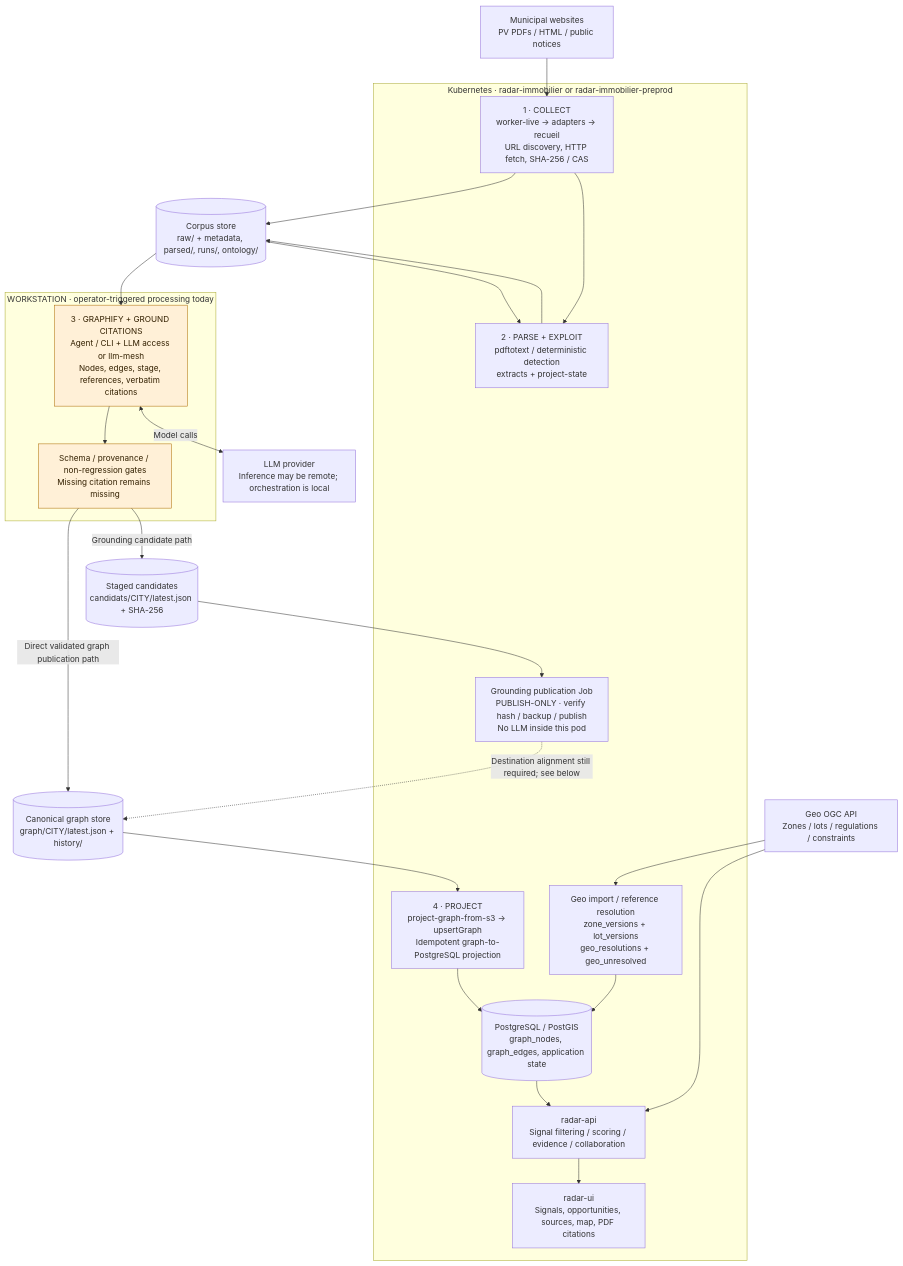
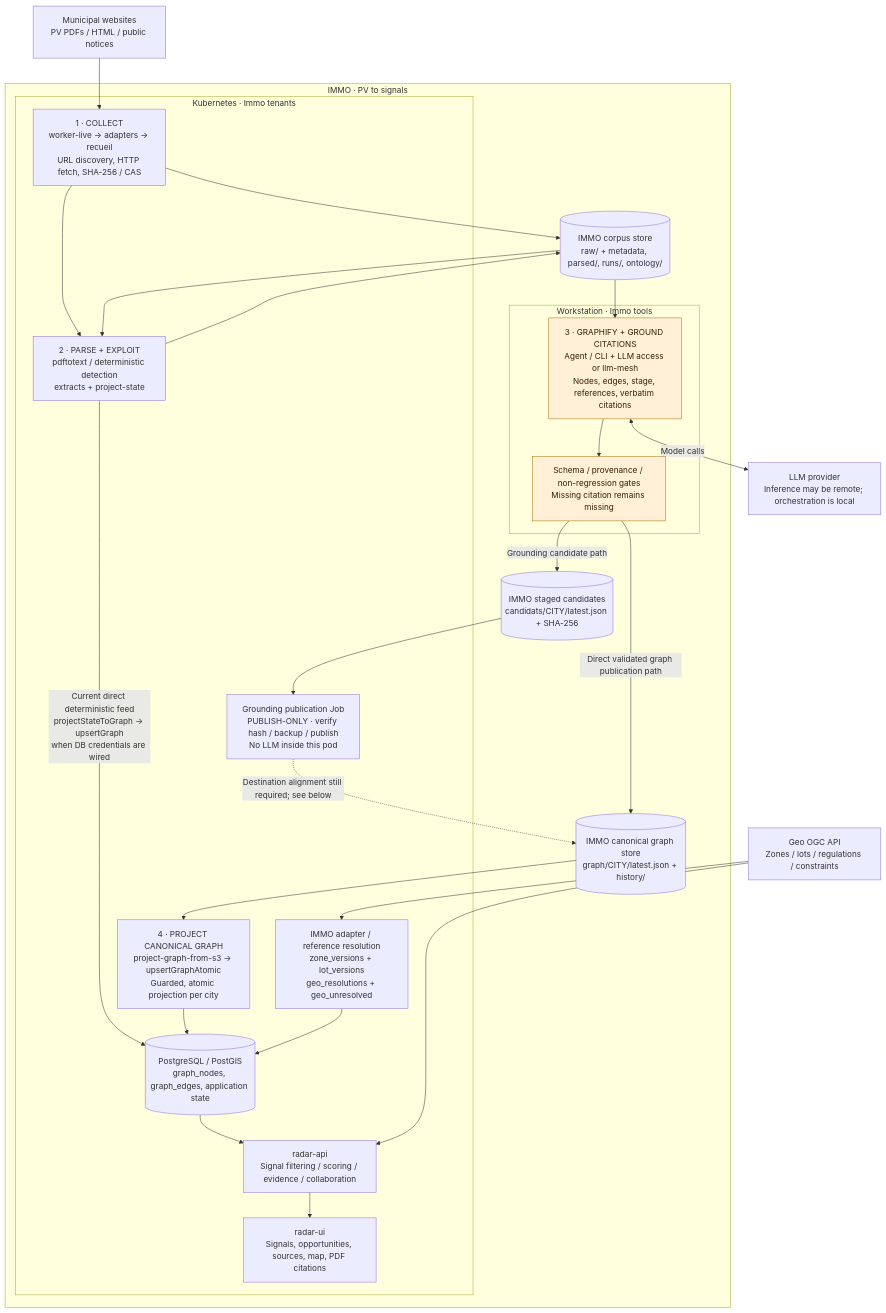
One commit to rhanka/radar-immobilier changed the second of 4 diagrams in docs/architecture.md. Above: the diagram before and after it, drawn with Mermaid. The commit also changed other lines of this file and 1 other file, not shown here.

Commit message:
docs(architecture): clarify Immo ownership and current PG paths

````diff
--- a/docs/architecture.md
+++ b/docs/architecture.md
@@ -84,44 +86,47 @@
 ```mermaid
 flowchart TB
   websites["Municipal websites<br/>PV PDFs / HTML / public notices"]
-  subgraph deterministic["Kubernetes · radar-immobilier or radar-immobilier-preprod"]
+  provider["LLM provider<br/>Inference may be remote; orchestration is local"]
+  subgraph immo["IMMO · PV to signals"]
+  subgraph deterministic["Kubernetes · Immo tenants"]
     scrape["1 · COLLECT<br/>worker-live → adapters → recueil<br/>URL discovery, HTTP fetch, SHA-256 / CAS"]
     parse["2 · PARSE + EXPLOIT<br/>pdftotext / deterministic detection<br/>extracts + project-state"]
-    project["4 · PROJECT<br/>project-graph-from-s3 → upsertGraph<br/>Idempotent graph-to-PostgreSQL projection"]
+    project["4 · PROJECT CANONICAL GRAPH<br/>project-graph-from-s3 → upsertGraphAtomic<br/>Guarded, atomic projection per city"]
     pub["Grounding publication Job<br/>PUBLISH-ONLY · verify hash / backup / publish<br/>No LLM inside this pod"]
-    geoimport["Geo import / reference resolution<br/>zone_versions + lot_versions<br/>geo_resolutions + geo_unresolved"]
+    geoimport["IMMO adapter / reference resolution<br/>zone_versions + lot_versions<br/>geo_resolutions + geo_unresolved"]
     pg[("PostgreSQL / PostGIS<br/>graph_nodes, graph_edges, application state")]
     api["radar-api<br/>Signal filtering / scoring / evidence / collaboration"]
     ui["radar-ui<br/>Signals, opportunities, sources, map, PDF citations"]
   end
-  subgraph workstation["WORKSTATION · operator-triggered processing today"]
+  subgraph workstation["Workstation · Immo tools"]
     llm["3 · GRAPHIFY + GROUND CITATIONS<br/>Agent / CLI + LLM access or llm-mesh<br/>Nodes, edges, stage, references, verbatim citations"]
     gate["Schema / provenance / non-regression gates<br/>Missing citation remains missing"]
     llm --> gate
   end
-  provider["LLM provider<br/>Inference may be remote; orchestration is local"]
-  corpus[("Corpus store<br/>raw/ + metadata, parsed/, runs/, ontology/")]
-  candidate[("Staged candidates<br/>candidats/CITY/latest.json + SHA-256")]
-  graphstore[("Canonical graph store<br/>graph/CITY/latest.json + history/")]
+  corpus[("IMMO corpus store<br/>raw/ + metadata, parsed/, runs/, ontology/")]
+  candidate[("IMMO staged candidates<br/>candidats/CITY/latest.json + SHA-256")]
+  graphstore[("IMMO canonical graph store<br/>graph/CITY/latest.json + history/")]
+  end
   geosvc["Geo OGC API<br/>Zones / lots / regulations / constraints"]
   websites --> scrape
   scrape --> corpus
   scrape --> parse
   corpus --> parse
   parse --> corpus
+  parse -->|"Current direct deterministic feed<br/>projectStateToGraph → upsertGraph<br/>when DB credentials are wired"| pg
   corpus --> llm
   llm <-->|"Model calls"| provider
   gate -->|"Direct validated graph publication path"| graphstore
   gate -->|"Grounding candidate path"| candidate
   candidate --> pub
   pub -.->|"Destination alignment still required; see below"| graphstore
   graphstore --> project
   project --> pg
   geosvc --> geoimport
   geoimport --> pg
   pg --> api
   geosvc --> api
   api --> ui
   classDef local fill:#fff0d7,stroke:#ad6a00,color:#332000;
   class llm,gate local;
 ```
````
